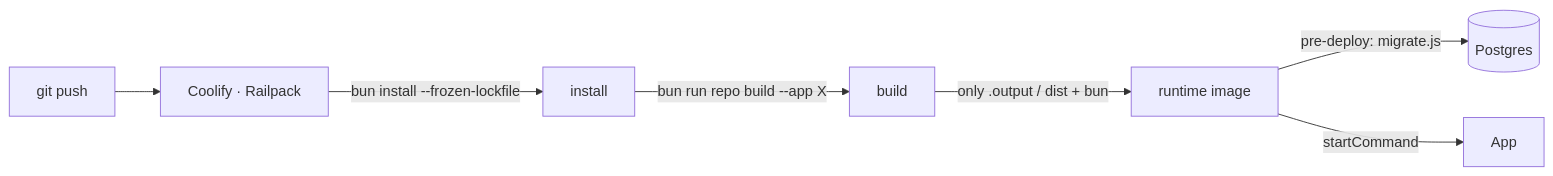
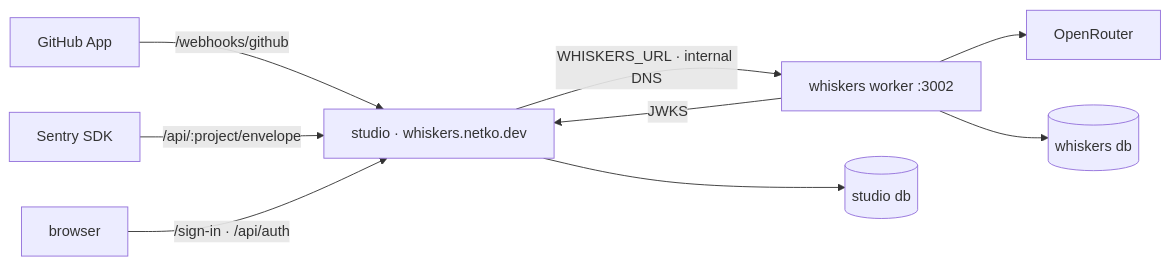
The diagram in README.md (Netko-Labs/code-whiskers), drawn with Mermaid before and after one commit. The commit also changed other lines of this file and 173 other files, not shown here.

First line of the commit message:
♻️ refactor: drop realtime; studio fronts whiskers over internal DNS (#14)

````diff
--- a/README.md
+++ b/README.md
@@ -288,9 +15,11 @@
 ```mermaid
 flowchart LR
-  G[git push] --> C[Coolify · Railpack]
-  C -->|bun install --frozen-lockfile| I[install]
-  I -->|bun run repo build --app X| B[build]
-  B -->|only .output / dist + bun| R[runtime image]
-  R -->|pre-deploy: migrate.js| DB[(Postgres)]
-  R -->|startCommand| App
+  GH[GitHub App] -->|/webhooks/github| S[studio · whiskers.netko.dev]
+  SDK[Sentry SDK] -->|/api/:project/envelope| S
+  U[browser] -->|/sign-in · /api/auth| S
+  S -->|WHISKERS_URL · internal DNS| W[whiskers worker :3002]
+  W --> OR[OpenRouter]
+  W --> DBW[(whiskers db)]
+  S --> DBS[(studio db)]
+  W -->|JWKS| S
 ```
````
